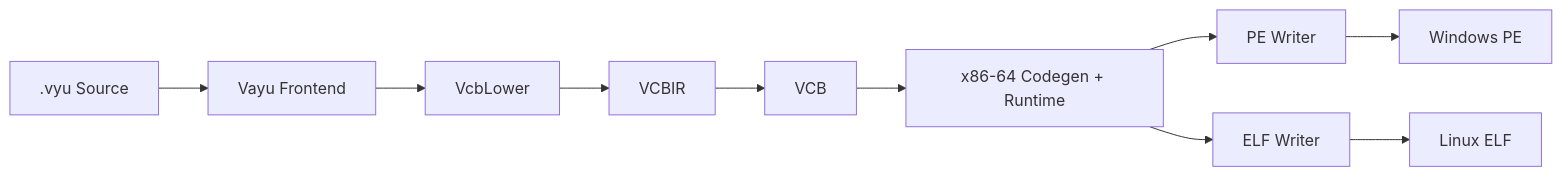
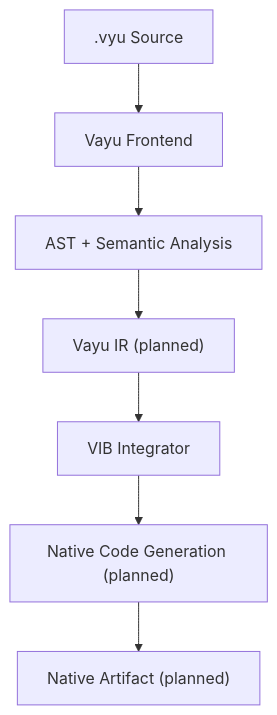
Before and after one commit to NotY215/Vayu: the diagram in README.md, drawn with Mermaid. The commit also changed other lines of this file, not shown here.

Commit message:
docs: replace legacy backend roadmap with VIB Integrator

````diff
--- a/README.md
+++ b/README.md
@@ -190,12 +190,9 @@
 ```mermaid
-flowchart LR
+flowchart TD
     S[".vyu Source"] --> F["Vayu Frontend"]
-    F --> L["VcbLower"]
-    L --> I["VCBIR"]
-    I --> V["VCB"]
-    V --> C["x86-64 Codegen + Runtime"]
-    C --> P["PE Writer"]
-    C --> E["ELF Writer"]
-    P --> W["Windows PE"]
-    E --> X["Linux ELF"]
+    F --> A["AST + Semantic Analysis"]
+    A --> I["Vayu IR (planned)"]
+    I --> V["VIB Integrator"]
+    V --> N["Native Code Generation (planned)"]
+    N --> E["Native Artifact (planned)"]
 ```
````
